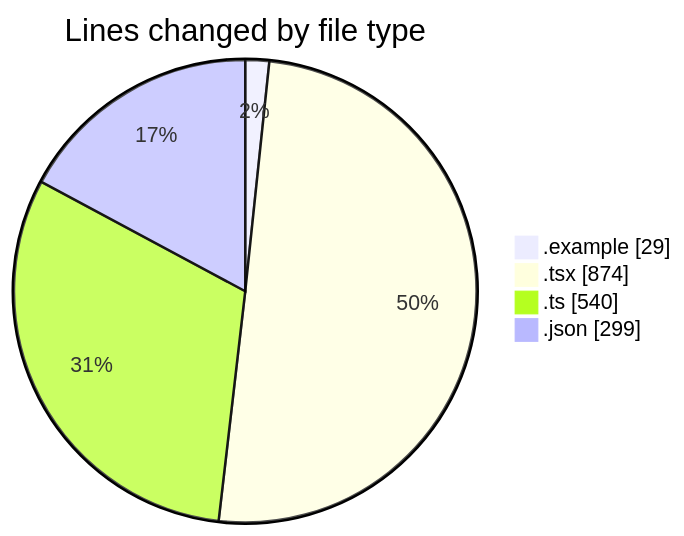
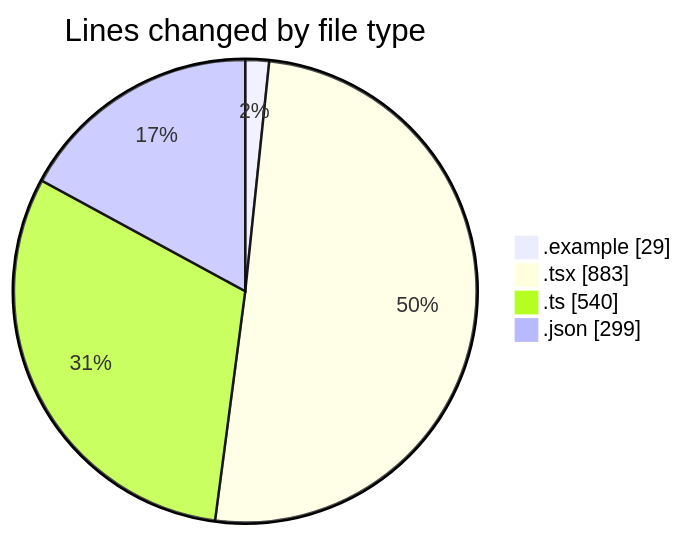
One commit to julien-gomy/code-tracking changed the first of 2 diagrams in 2025-11-16/eventscop-frontend-guide__workspace_/README.md. Above: the diagram before and after it, drawn with Mermaid. The commit also changed other lines of this file and 1 other file, not shown here.

````diff
--- a/2025-11-16/eventscop-frontend-guide__workspace_/README.md
+++ b/2025-11-16/eventscop-frontend-guide__workspace_/README.md
@@ -33,8 +33,8 @@
 ```mermaid
 pie showData
 title Lines changed by file type
 ".example" : 29
-".tsx" : 874
+".tsx" : 883
 ".ts" : 540
 ".json" : 299
 ```
````
